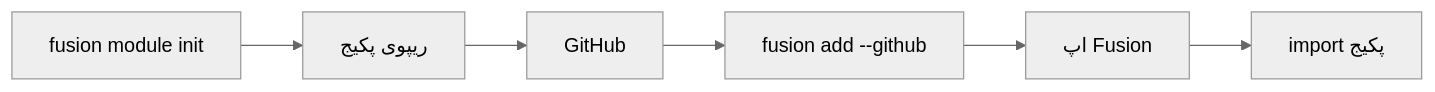
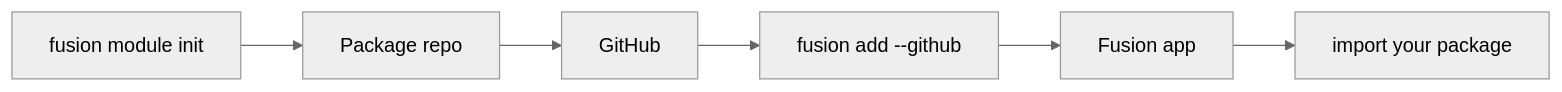
One commit to cipherunits/fusion-docs changed the diagram in content/docs/fa/cli/v1/modules.mdx. Above: the diagram before and after it, drawn with Mermaid (neutral theme). The commit also changed other lines of this file and 73 other files, not shown here.

````diff
--- a/content/docs/fa/cli/v1/modules.mdx
+++ b/content/docs/fa/cli/v1/modules.mdx
@@ -11,8 +11,8 @@
 ```mermaid
 flowchart LR
-  init["fusion module init"] --> pkg["ریپوی پکیج"]
+  init["fusion module init"] --> pkg["Package repo"]
   pkg --> gh["GitHub"]
   gh --> add["fusion add --github"]
-  add --> app["اپ Fusion"]
-  app --> import["import پکیج"]
+  add --> app["Fusion app"]
+  app --> import["import your package"]
 ```
````
